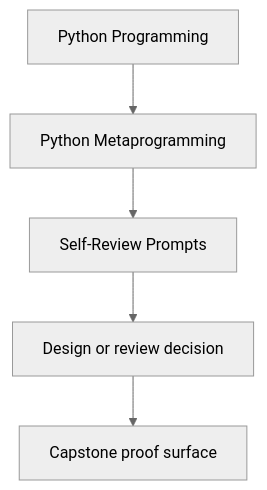
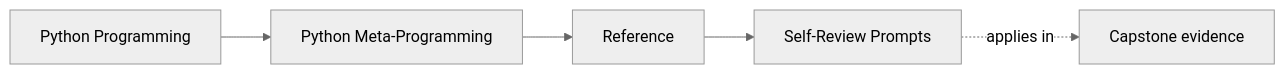
One commit to bijux/bijux-masterclass changed the first of 2 diagrams in programs/python-programming/python-meta-programming/course-book/reference/self-review-prompts.md. Above: the diagram before and after it, drawn with Mermaid (neutral theme). The commit also changed other lines of this file and 91 other files, not shown here.

Commit message:
docs(python-meta-programming): map advanced runtime and capstone surfaces

````diff
--- a/programs/python-programming/python-meta-programming/course-book/reference/self-review-prompts.md
+++ b/programs/python-programming/python-meta-programming/course-book/reference/self-review-prompts.md
@@ -6,7 +6,11 @@
 ```mermaid
-flowchart TD
-  family["Python Programming"] --> program["Python Metaprogramming"]
-  program --> reference["Self-Review Prompts"]
-  reference --> review["Design or review decision"]
-  review --> capstone["Capstone proof surface"]
+graph LR
+  family["Python Programming"]
+  program["Python Meta-Programming"]
+  section["Reference"]
+  page["Self-Review Prompts"]
+  capstone["Capstone evidence"]
+
+  family --> program --> section --> page
+  page -.applies in.-> capstone
 ```
````
